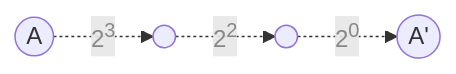
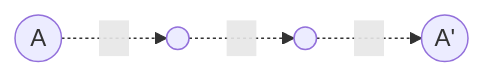
The third of 6 diagrams in _posts/2024-01-20-lca.md (CHOYUNSIG/algorithm_with_boj), drawn with Mermaid before and after one commit. The commit also changed other lines of this file and 1 other file, not shown here.

```diff
--- a/_posts/2024-01-20-lca.md
+++ b/_posts/2024-01-20-lca.md
@@ -92,12 +95,12 @@
 <pre class="mermaid">
     graph LR
 
-    A -. <p style="color: #888">2<sup>3</sup></p> .-> node1
-    node1 -. <p style="color: #888">2<sup>2</sup></p> .-> node2
-    node2 -. <p style="color: #888">2<sup>0</sup></p> .-> Ap
+    A -. <span class="mathjax mj1" style="display: inline-block; width: 20px"></span> .-> node1
+    node1 -. <span class="mathjax mj2" style="display: inline-block; width: 20px"></span> .-> node2
+    node2 -. <span class="mathjax mj3" style="display: inline-block; width: 20px"></span> .-> Ap
 
-    A((A))
-    Ap((A'))
+    A(("<span style="display: inline-block; width: 1em">A</span>"))
+    Ap(("<span style="display: inline-block; width: 1em">A'</span>"))
     node1(( ))
     node2(( ))
 </pre>
```
